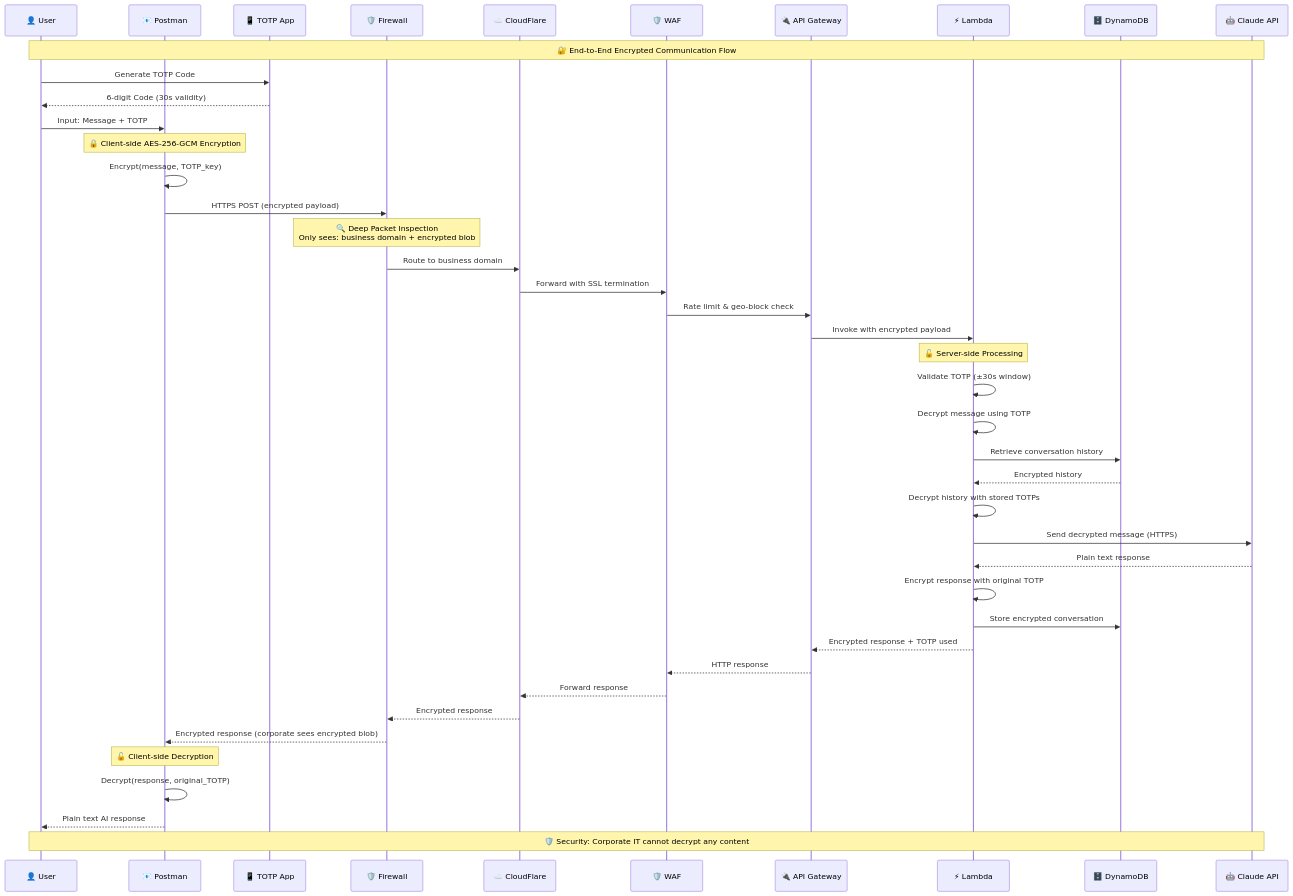
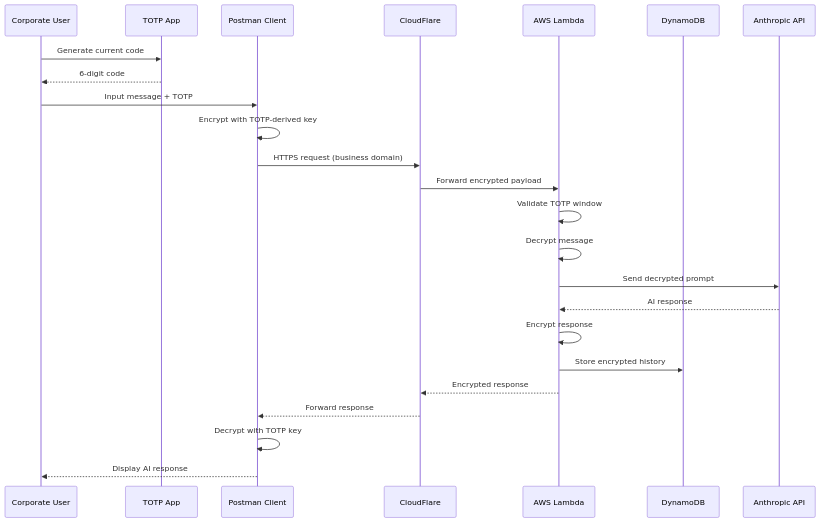
Before and after one commit to kayaman/gaza: the second of 17 diagrams in architecture/README.md, drawn with Mermaid. The commit also changed other lines of this file, not shown here.

````diff
--- a/architecture/README.md
+++ b/architecture/README.md
@@ -61,55 +53,27 @@
 ```mermaid
 sequenceDiagram
-    participant U as 👤 User
-    participant P as 📧 Postman
-    participant T as 📱 TOTP App
-    participant F as 🛡️ Firewall
-    participant C as ☁️ CloudFlare
-    participant W as 🛡️ WAF
-    participant A as 🔌 API Gateway
-    participant L as ⚡ Lambda
-    participant D as 🗄️ DynamoDB
-    participant AI as 🤖 Claude API
+    participant User as Corporate User
+    participant TOTP as TOTP App
+    participant Client as Postman Client
+    participant CF as CloudFlare
+    participant Lambda as AWS Lambda
+    participant DDB as DynamoDB
+    participant Claude as Anthropic API
 
-    Note over U,AI: 🔐 End-to-End Encrypted Communication Flow
-
-    U->>T: Generate TOTP Code
-    T-->>U: 6-digit Code (30s validity)
-
-    U->>P: Input: Message + TOTP
-    Note over P: 🔒 Client-side AES-256-GCM Encryption
-    P->>P: Encrypt(message, TOTP_key)
-
-    P->>F: HTTPS POST (encrypted payload)
-    Note over F: 🔍 Deep Packet Inspection<br/>Only sees: business domain + encrypted blob
-
-    F->>C: Route to business domain
-    C->>W: Forward with SSL termination
-    W->>A: Rate limit & geo-block check
-    A->>L: Invoke with encrypted payload
-
-    Note over L: 🔓 Server-side Processing
-    L->>L: Validate TOTP (±30s window)
-    L->>L: Decrypt message using TOTP
-    L->>D: Retrieve conversation history
-    D-->>L: Encrypted history
-    L->>L: Decrypt history with stored TOTPs
-
-    L->>AI: Send decrypted message (HTTPS)
-    AI-->>L: Plain text response
-
-    L->>L: Encrypt response with original TOTP
-    L->>D: Store encrypted conversation
-
-    L-->>A: Encrypted response + TOTP used
-    A-->>W: HTTP response
-    W-->>C: Forward response
-    C-->>F: Encrypted response
-    F-->>P: Encrypted response (corporate sees encrypted blob)
-
-    Note over P: 🔓 Client-side Decryption
-    P->>P: Decrypt(response, original_TOTP)
-    P-->>U: Plain text AI response
-
-    Note over U,AI: 🛡️ Security: Corporate IT cannot decrypt any content
+    User->>TOTP: Generate current code
+    TOTP-->>User: 6-digit code
+    User->>Client: Input message + TOTP
+    Client->>Client: Encrypt with TOTP-derived key
+    Client->>CF: HTTPS request (business domain)
+    CF->>Lambda: Forward encrypted payload
+    Lambda->>Lambda: Validate TOTP window
+    Lambda->>Lambda: Decrypt message
+    Lambda->>Claude: Send decrypted prompt
+    Claude-->>Lambda: AI response
+    Lambda->>Lambda: Encrypt response
+    Lambda->>DDB: Store encrypted history
+    Lambda-->>CF: Encrypted response
+    CF-->>Client: Forward response
+    Client->>Client: Decrypt with TOTP key
+    Client-->>User: Display AI response
 ```
````
